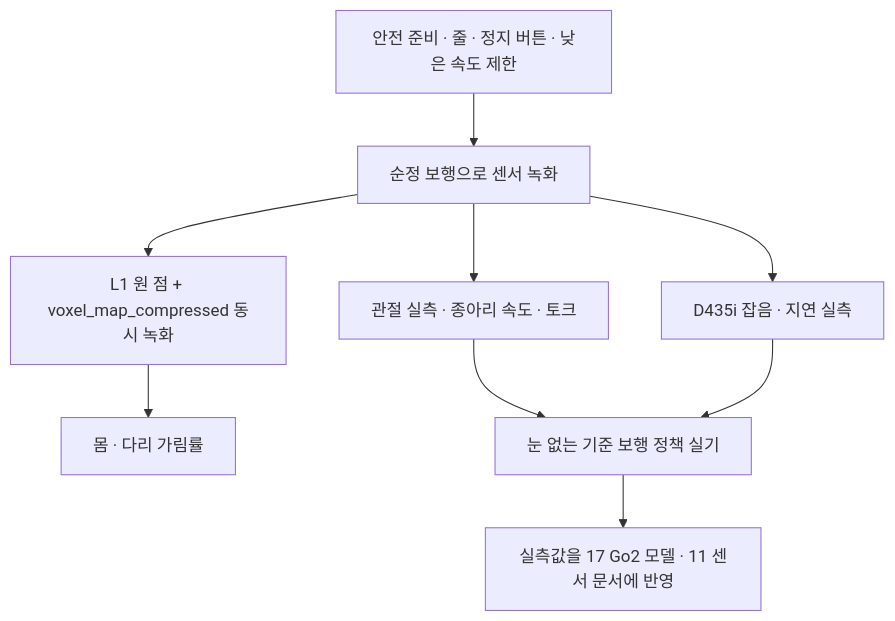
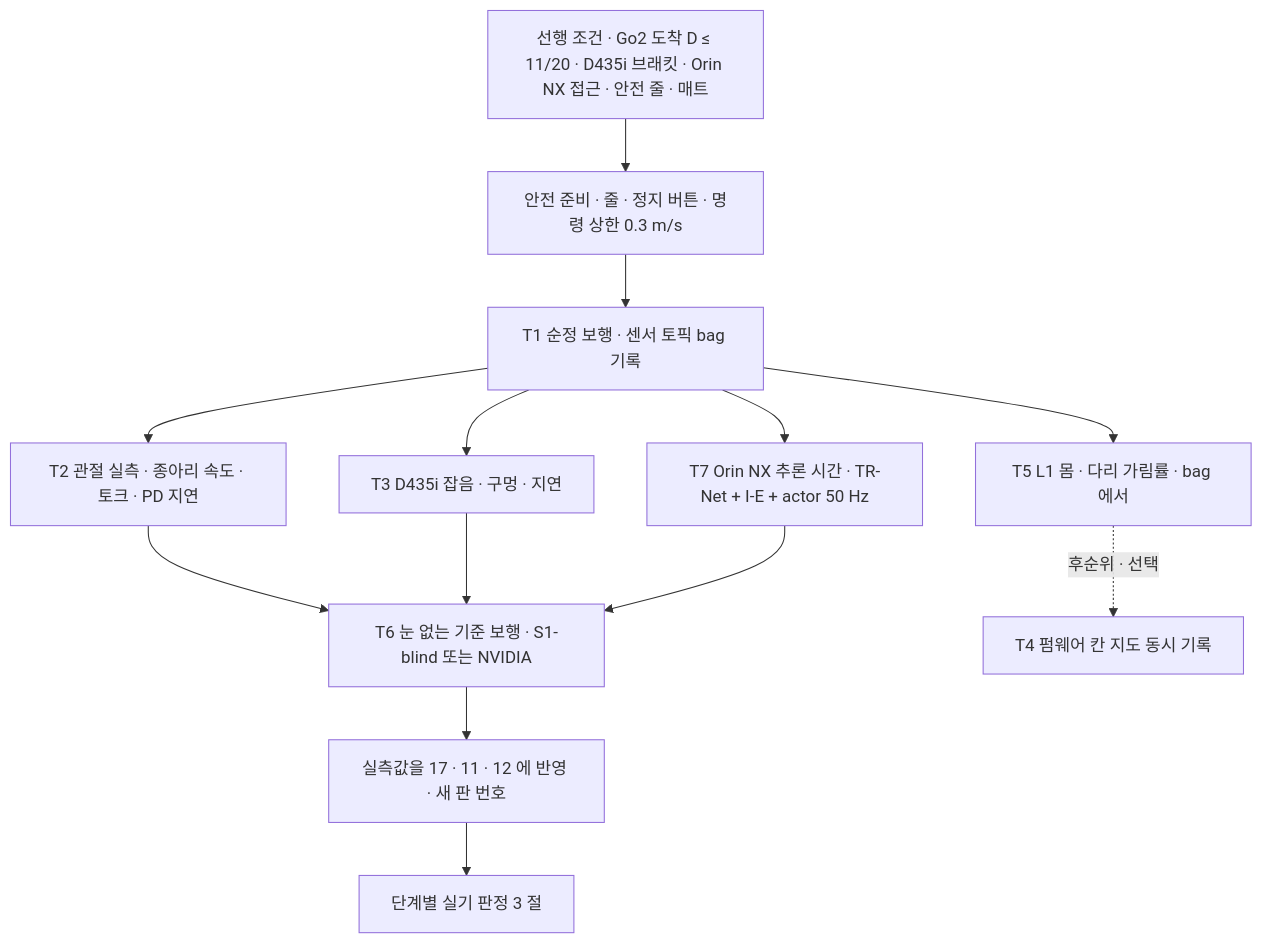
The diagram in inbox/jay/20261019-design/42-REAL-ROBOT.md (foothold-project/foothold-lab), drawn with Mermaid before and after one commit. The commit also changed other lines of this file and 25 other files, not shown here.

````diff
--- a/inbox/jay/20261019-design/42-REAL-ROBOT.md
+++ b/inbox/jay/20261019-design/42-REAL-ROBOT.md
@@ -11,11 +15,15 @@
 ```mermaid
 flowchart TB
-  A[안전 준비 · 줄 · 정지 버튼 · 낮은 속도 제한] --> B[순정 보행으로 센서 녹화]
-  B --> C[관절 실측 · 종아리 속도 · 토크]
-  B --> D[D435i 잡음 · 지연 실측]
-  B --> E[L1 원 점 + voxel_map_compressed 동시 녹화]
-  E --> F[몸 · 다리 가림률]
-  C --> G[눈 없는 기준 보행 정책 실기]
+  P[선행 조건 · Go2 도착 D ≤ 11/20 · D435i 브래킷 · Orin NX 접근 · 안전 줄 · 매트] --> A[안전 준비 · 줄 · 정지 버튼 · 명령 상한 0.3 m/s]
+  A --> B[T1 순정 보행 · 센서 토픽 bag 기록]
+  B --> C[T2 관절 실측 · 종아리 속도 · 토크 · PD 지연]
+  B --> D[T3 D435i 잡음 · 구멍 · 지연]
+  B --> E[T5 L1 몸 · 다리 가림률 · bag 에서]
+  B --> T7[T7 Orin NX 추론 시간 · TR-Net + I-E + actor 50 Hz]
+  C --> G[T6 눈 없는 기준 보행 · S1-blind 또는 NVIDIA]
   D --> G
-  G --> H[실측값을 17 Go2 모델 · 11 센서 문서에 반영]
+  T7 --> G
+  G --> H[실측값을 17 · 11 · 12 에 반영 · 새 판 번호]
+  H --> S[단계별 실기 판정 3 절]
+  E -.후순위 · 선택.-> T4[T4 펌웨어 칸 지도 동시 기록]
 ```
````
